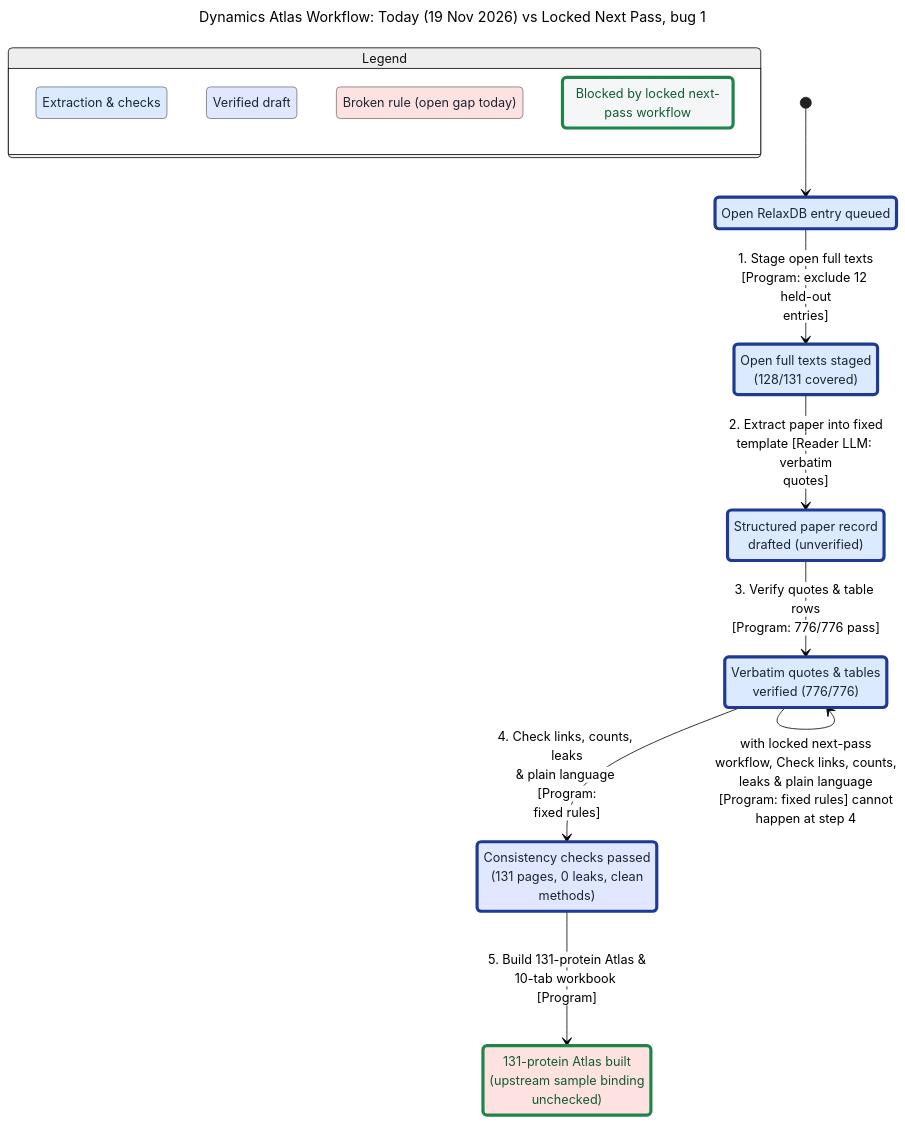
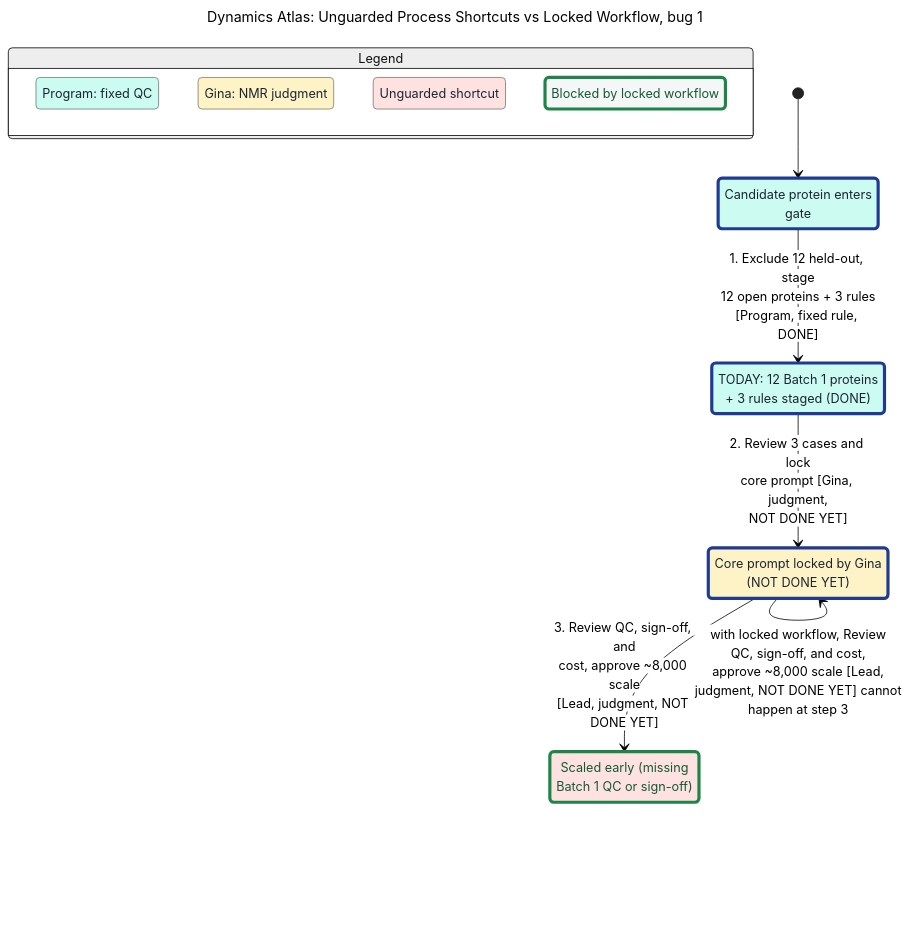
The diagram in methods/statechart/bug-1.mmd (alex051107/dynamics-atlas-relaxdb), drawn with Mermaid (neutral theme) before and after one commit. The commit also changed 19 other files, not shown here.

Commit message:
Redraw TLC-verified post-Anthropic workflow statechart for README homepage

```diff
--- a/methods/statechart/bug-1.mmd
+++ b/methods/statechart/bug-1.mmd
@@ -1,45 +1,39 @@
 ---
-title: "Dynamics Atlas Workflow: Today (19 Nov 2026) vs Locked Next Pass, bug 1"
+title: "Dynamics Atlas: Unguarded Process Shortcuts vs Locked Workflow, bug 1"
 config:
   markdownAutoWrap: false
   state:
     useMaxWidth: false
 ---
 stateDiagram-v2
-  %% second model (fix): locked next-pass workflow
+  %% second model (fix): locked workflow
   classDef plainFixed fill:#f4f6f7,stroke:#1e8449,stroke-width:4px,color:#145a32
-  classDef group1 fill:#dbeafe,stroke:#6e757f,color:#1b2631
-  classDef group1Path fill:#dbeafe,stroke:#1f3a93,stroke-width:4px,color:#1b2631
-  classDef group2 fill:#e0e7ff,stroke:#707480,color:#1b2631
-  classDef group2Path fill:#e0e7ff,stroke:#1f3a93,stroke-width:4px,color:#1b2631
-  classDef group5 fill:#fee2e2,stroke:#7f7171,color:#1b2631
-  classDef group5Fixed fill:#fee2e2,stroke:#1e8449,stroke-width:4px,color:#145a32
+  classDef group1 fill:#ccfbf1,stroke:#667e79,color:#1b2631
+  classDef group1Path fill:#ccfbf1,stroke:#1f3a93,stroke-width:4px,color:#1b2631
+  classDef group2 fill:#fef3c7,stroke:#7f7a64,color:#1b2631
+  classDef group2Path fill:#fef3c7,stroke:#1f3a93,stroke-width:4px,color:#1b2631
+  classDef group6 fill:#fee2e2,stroke:#7f7171,color:#1b2631
+  classDef group6Fixed fill:#fee2e2,stroke:#1e8449,stroke-width:4px,color:#145a32
   state "Legend" as legend {
-    state "Extraction & checks" as legendGroup1
-    state "Verified draft" as legendGroup2
-    state "Broken rule (open gap today)" as legendGroup5
-    state "Blocked by locked next-pass workflow" as legendFixed
+    state "Program: fixed QC" as legendGroup1
+    state "Gina: NMR judgment" as legendGroup2
+    state "Unguarded shortcut" as legendGroup6
+    state "Blocked by locked workflow" as legendFixed
   }
   class legendGroup1 group1
   class legendGroup2 group2
-  class legendGroup5 group5
+  class legendGroup6 group6
   class legendFixed plainFixed
-  state "131-protein Atlas built<br/>(upstream sample binding<br/>unchecked)" as s0
-  state "Consistency checks passed<br/>(131 pages, 0 leaks, clean<br/>methods)" as s1
-  state "Open RelaxDB entry queued" as s2
-  state "Open full texts staged<br/>(128/131 covered)" as s3
-  state "Structured paper record<br/>drafted (unverified)" as s4
-  state "Verbatim quotes & tables<br/>verified (776/776)" as s5
-  [*] --> s2
-  s2 --> s3 : 1. Stage open full texts<br/>[Program: exclude 12 held-out<br/>entries]
-  s3 --> s4 : 2. Extract paper into fixed<br/>template [Reader LLM: verbatim<br/>quotes]
-  s4 --> s5 : 3. Verify quotes & table rows<br/>[Program: 776/776 pass]
-  s5 --> s1 : 4. Check links, counts, leaks<br/>& plain language [Program:<br/>fixed rules]
-  s1 --> s0 : 5. Build 131-protein Atlas &<br/>10-tab workbook [Program]
-  s5 --> s5 : with locked next-pass<br/>workflow, Check links, counts,<br/>leaks & plain language<br/>[Program: fixed rules] cannot<br/>happen at step 4
-  class s0 group5Fixed
+  state "Candidate protein enters<br/>gate" as s0
+  state "Core prompt locked by Gina<br/>(NOT DONE YET)" as s1
+  state "Scaled early (missing<br/>Batch 1 QC or sign-off)" as s2
+  state "TODAY: 12 Batch 1 proteins<br/>+ 3 rules staged (DONE)" as s3
+  [*] --> s0
+  s0 --> s3 : 1. Exclude 12 held-out, stage<br/>12 open proteins + 3 rules<br/>[Program, fixed rule, DONE]
+  s3 --> s1 : 2. Review 3 cases and lock<br/>core prompt [Gina, judgment,<br/>NOT DONE YET]
+  s1 --> s2 : 3. Review QC, sign-off, and<br/>cost, approve ~8,000 scale<br/>[Lead, judgment, NOT DONE YET]
+  s1 --> s1 : with locked workflow, Review<br/>QC, sign-off, and cost,<br/>approve ~8,000 scale [Lead,<br/>judgment, NOT DONE YET] cannot<br/>happen at step 3
+  class s0 group1Path
   class s1 group2Path
-  class s2 group1Path
+  class s2 group6Fixed
   class s3 group1Path
-  class s4 group1Path
-  class s5 group1Path
```
